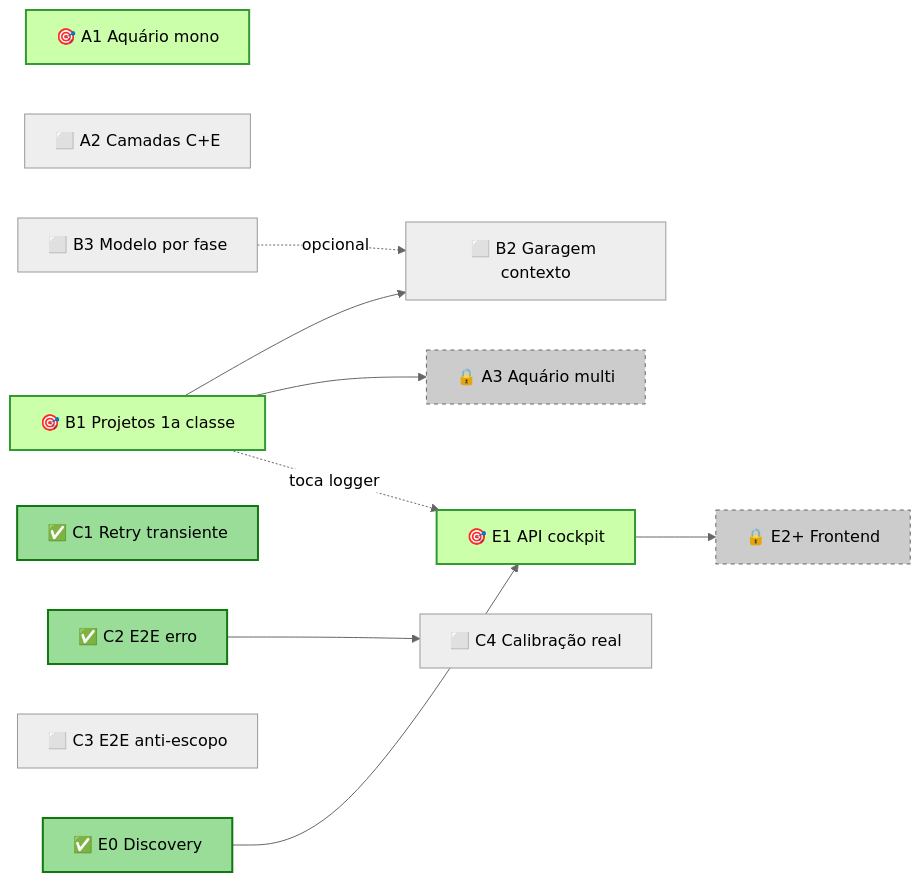
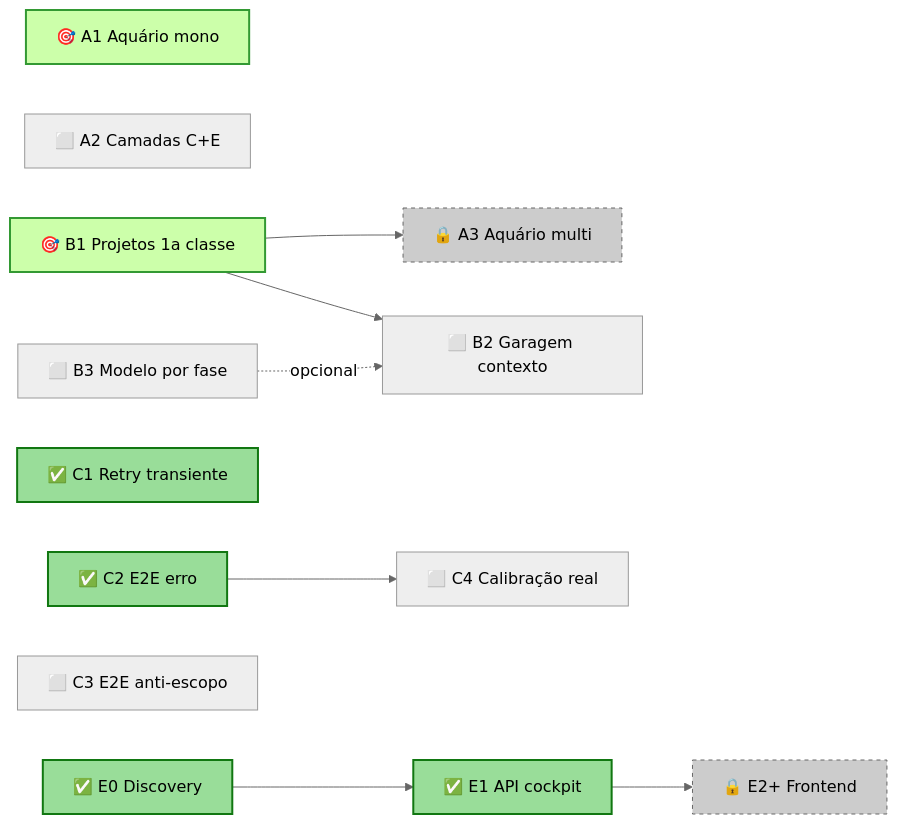
Before and after one commit to x-force-42/mmb-core: the fourth of 4 diagrams in docs/arvore.md, drawn with Mermaid (neutral theme). The commit also changed other lines of this file and 2 other files, not shown here.

First line of the commit message:
docs: marca E1 como fechado · API do cockpit operacional

````diff
--- a/docs/arvore.md
+++ b/docs/arvore.md
@@ -191,35 +202,34 @@
 ```mermaid
 flowchart LR
   classDef ready  fill:#cfa,stroke:#393,stroke-width:2px
   classDef done   fill:#9d9,stroke:#171,stroke-width:2px,color:#000
   classDef wip    fill:#ffe680,stroke:#cc9900,stroke-width:2px,color:#000
   classDef todo   fill:#eee,stroke:#999
   classDef locked fill:#ccc,stroke:#666,stroke-dasharray:4
 
   A1[🎯 A1 Aquário mono]:::ready
   A2[⬜ A2 Camadas C+E]:::todo
   A3[🔒 A3 Aquário multi]:::locked
 
   B1[🎯 B1 Projetos 1a classe]:::ready
   B2[⬜ B2 Garagem contexto]:::todo
   B3[⬜ B3 Modelo por fase]:::todo
 
   C1[✅ C1 Retry transiente]:::done
   C2[✅ C2 E2E erro]:::done
   C3[⬜ C3 E2E anti-escopo]:::todo
   C4[⬜ C4 Calibração real]:::todo
 
   E0[✅ E0 Discovery]:::done
-  E1[🎯 E1 API cockpit]:::ready
+  E1[✅ E1 API cockpit]:::done
   E2[🔒 E2+ Frontend]:::locked
 
   E0 --> E1
   E1 --> E2
-  B1 -.toca logger.-> E1
 
   B1 --> A3
   B1 --> B2
   C2 --> C4
 
   B3 -.opcional.-> B2
 ```
````
